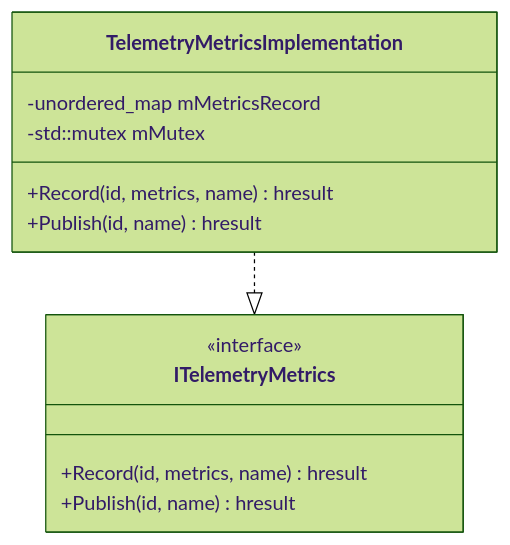
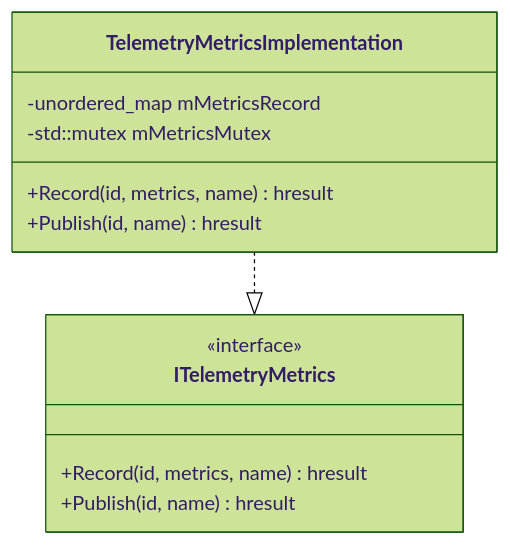
One commit to rdkcentral/entservices-appmanagers changed the second of 4 diagrams in TelemetryMetrics/TelemetryMetrics.md. Above: the diagram before and after it, drawn with Mermaid (forest theme). The commit also changed other lines of this file and 4 other files, not shown here.

````diff
--- a/TelemetryMetrics/TelemetryMetrics.md
+++ b/TelemetryMetrics/TelemetryMetrics.md
@@ -65,17 +65,17 @@
 ```mermaid
 classDiagram
     class TelemetryMetricsImplementation {
         -unordered_map<string, Json::Value> mMetricsRecord
-        -std::mutex mMutex
+        -std::mutex mMetricsMutex
         +Record(id, metrics, name) hresult
         +Publish(id, name) hresult
     }
 
     class ITelemetryMetrics {
         <<interface>>
         +Record(id, metrics, name) hresult
         +Publish(id, name) hresult
     }
 
     TelemetryMetricsImplementation ..|> ITelemetryMetrics
 ```
````
